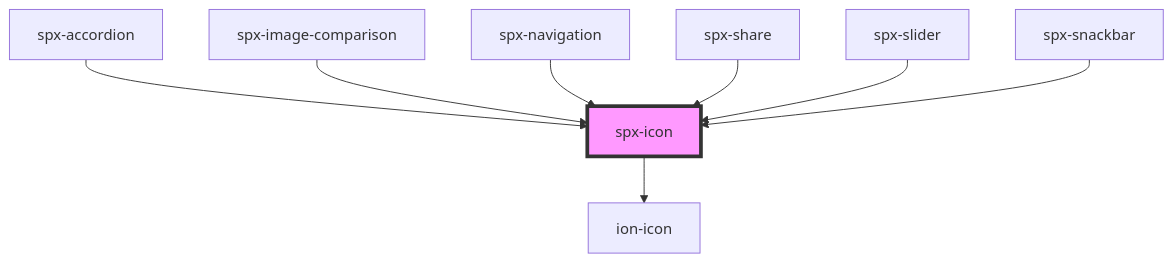
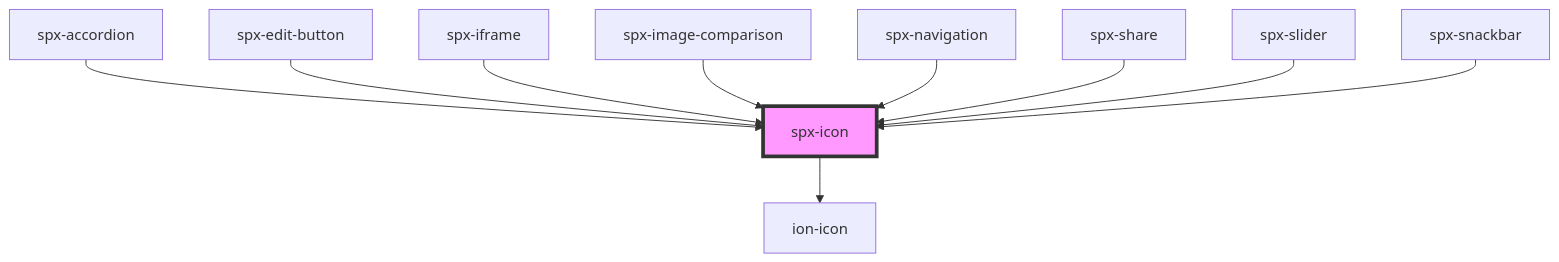
The diagram in stencil/src/components/spx-icon/readme.md (dnnsjsk/spx), drawn with Mermaid before and after one commit. The commit also changed other lines of this file and 169 other files, not shown here.

````diff
--- a/stencil/src/components/spx-icon/readme.md
+++ b/stencil/src/components/spx-icon/readme.md
@@ -44,11 +45,13 @@
 ```mermaid
 graph TD;
   spx-icon --> ion-icon
   spx-accordion --> spx-icon
+  spx-edit-button --> spx-icon
+  spx-iframe --> spx-icon
   spx-image-comparison --> spx-icon
   spx-navigation --> spx-icon
   spx-share --> spx-icon
   spx-slider --> spx-icon
   spx-snackbar --> spx-icon
   style spx-icon fill:#f9f,stroke:#333,stroke-width:4px
 ```
````
